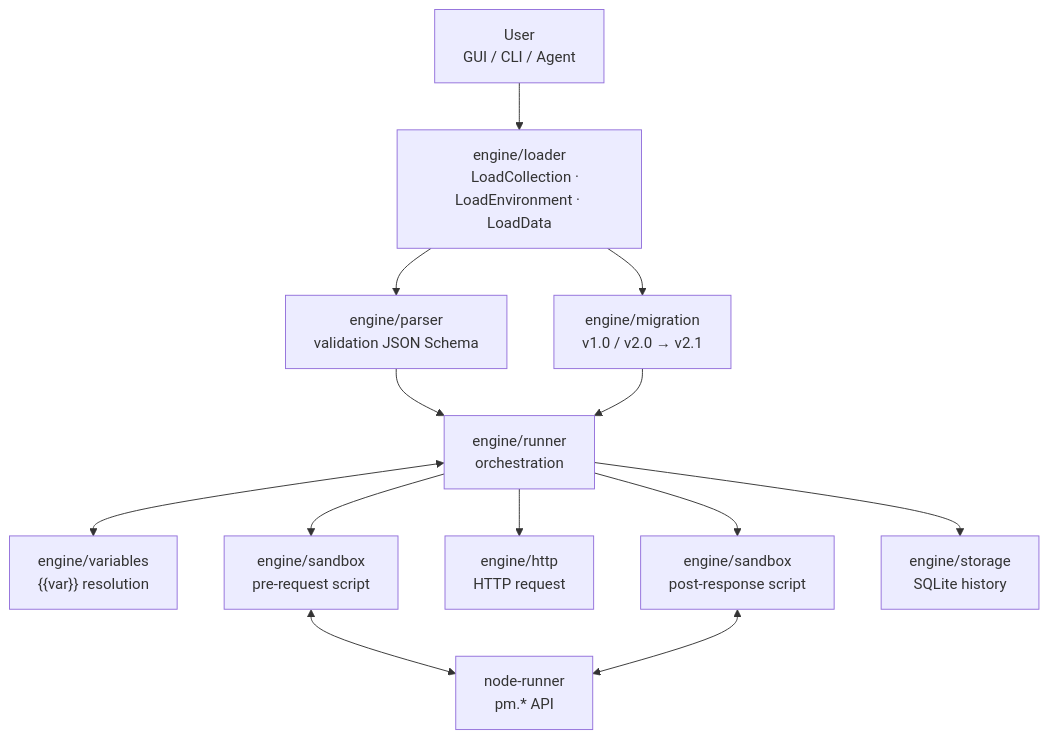
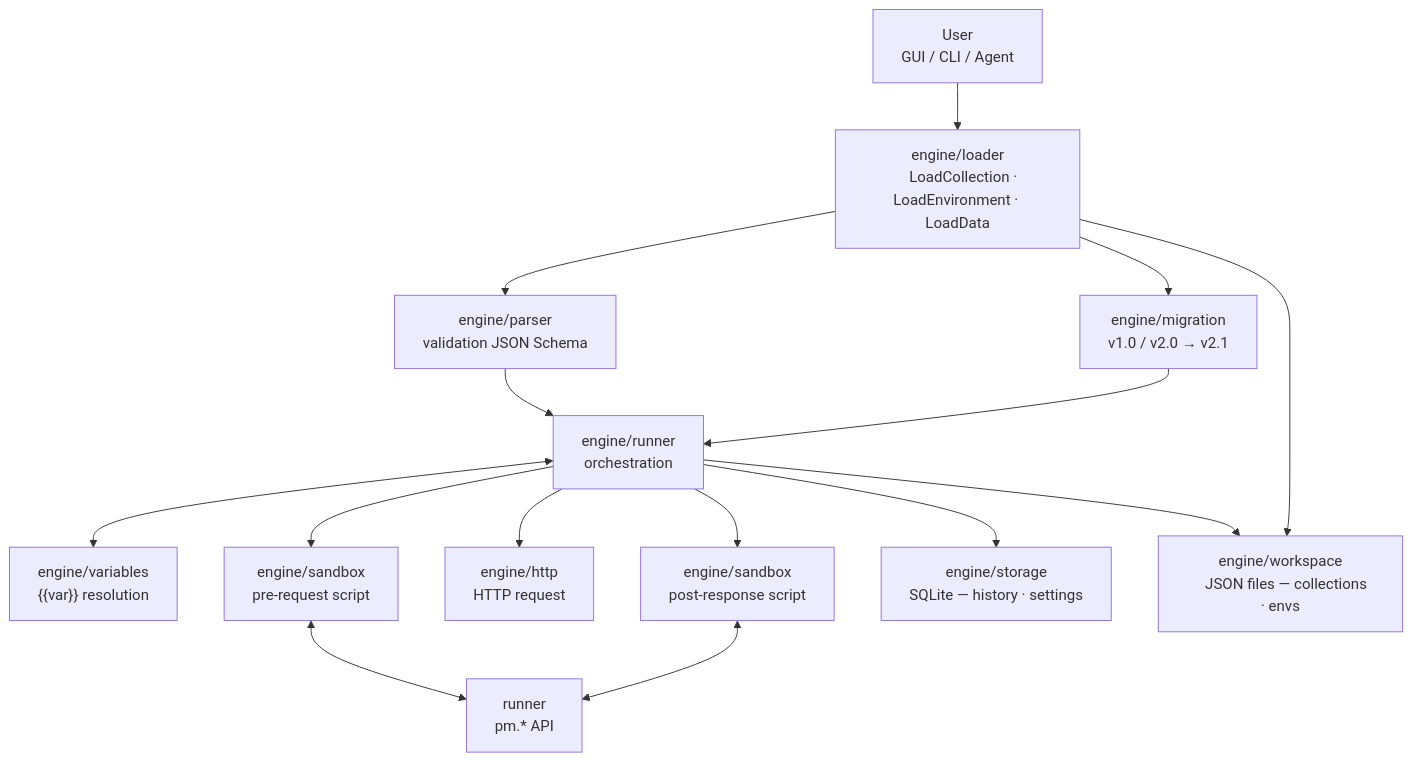
One commit to guillaumedelre/reqlet changed the second of 3 diagrams in docs/architecture.md. Above: the diagram before and after it, drawn with Mermaid. The commit also changed other lines of this file and 20 other files, not shown here.

First line of the commit message:
chore: rename node-runner to runner across all layers

````diff
--- a/docs/architecture.md
+++ b/docs/architecture.md
@@ -126,36 +127,40 @@
 ```mermaid
 flowchart TD
     U["User
     GUI / CLI / Agent"]
     L["engine/loader
     LoadCollection · LoadEnvironment · LoadData"]
     P["engine/parser
     validation JSON Schema"]
     M["engine/migration
     v1.0 / v2.0 → v2.1"]
     R["engine/runner
     orchestration"]
     V["engine/variables
     {{var}} resolution"]
     Pre["engine/sandbox
     pre-request script"]
     H["engine/http
     HTTP request"]
     Post["engine/sandbox
     post-response script"]
     S["engine/storage
-    SQLite history"]
-    NR["node-runner
+    SQLite — history · settings"]
+    W["engine/workspace
+    JSON files — collections · envs"]
+    NR["runner
     pm.* API"]
 
     U --> L
     L --> P & M
     P & M --> R
     R <--> V
     R --> Pre
     Pre <--> NR
     R --> H
     R --> Post
     Post <--> NR
     R --> S
+    L --> W
+    R --> W
 ```
````
